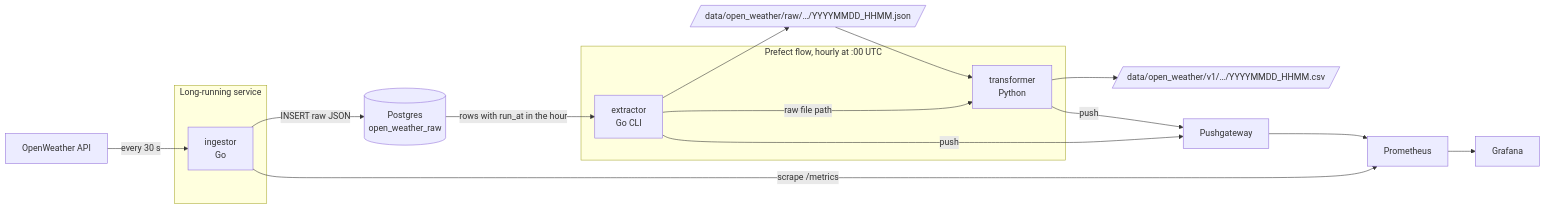
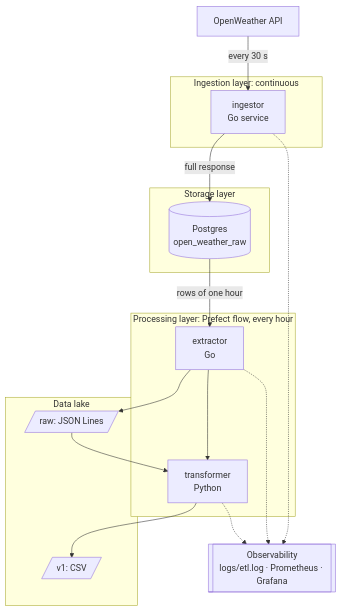
One commit to phamngocquy/hw_data changed the diagram in README.md. Above: the diagram before and after it, drawn with Mermaid. The commit also changed other lines of this file, not shown here.

````diff
--- a/README.md
+++ b/README.md
@@ -26,22 +42,33 @@
 ```mermaid
-flowchart LR
-    OW[OpenWeather API] -- every 30 s --> ING
+flowchart TB
+    SRC[OpenWeather API]
 
-    subgraph SERVICE[Long-running service]
-        ING[ingestor<br/>Go]
+    subgraph INGEST[Ingestion layer: continuous]
+        ING[ingestor<br/>Go service]
     end
-    ING -- INSERT raw JSON --> PG[(Postgres<br/>open_weather_raw)]
 
-    subgraph BATCH[Prefect flow, hourly at :00 UTC]
-        EXT[extractor<br/>Go CLI] -- raw file path --> TRF[transformer<br/>Python]
+    subgraph STORE[Storage layer]
+        PG[(Postgres<br/>open_weather_raw)]
     end
-    PG -- rows with run_at in the hour --> EXT
-    EXT --> RAW[/data/open_weather/raw/…/YYYYMMDD_HHMM.json/]
+
+    subgraph PROCESS[Processing layer: Prefect flow, every hour]
+        EXT[extractor<br/>Go] --> TRF[transformer<br/>Python]
+    end
+
+    subgraph LAKE[Data lake]
+        RAW[/raw: JSON Lines/]
+        V1[/v1: CSV/]
+    end
+
+    OBS[[Observability<br/>logs/etl.log · Prometheus · Grafana]]
+
+    SRC -- every 30 s --> ING
+    ING -- full response --> PG
+    PG -- rows of one hour --> EXT
+    EXT --> RAW
     RAW --> TRF
-    TRF --> V1[/data/open_weather/v1/…/YYYYMMDD_HHMM.csv/]
-
-    ING -- scrape /metrics --> PROM[Prometheus]
-    EXT -- push --> PGW[Pushgateway]
-    TRF -- push --> PGW
-    PGW --> PROM --> GRAF[Grafana]
+    TRF --> V1
+    ING -.-> OBS
+    EXT -.-> OBS
+    TRF -.-> OBS
 ```
````
